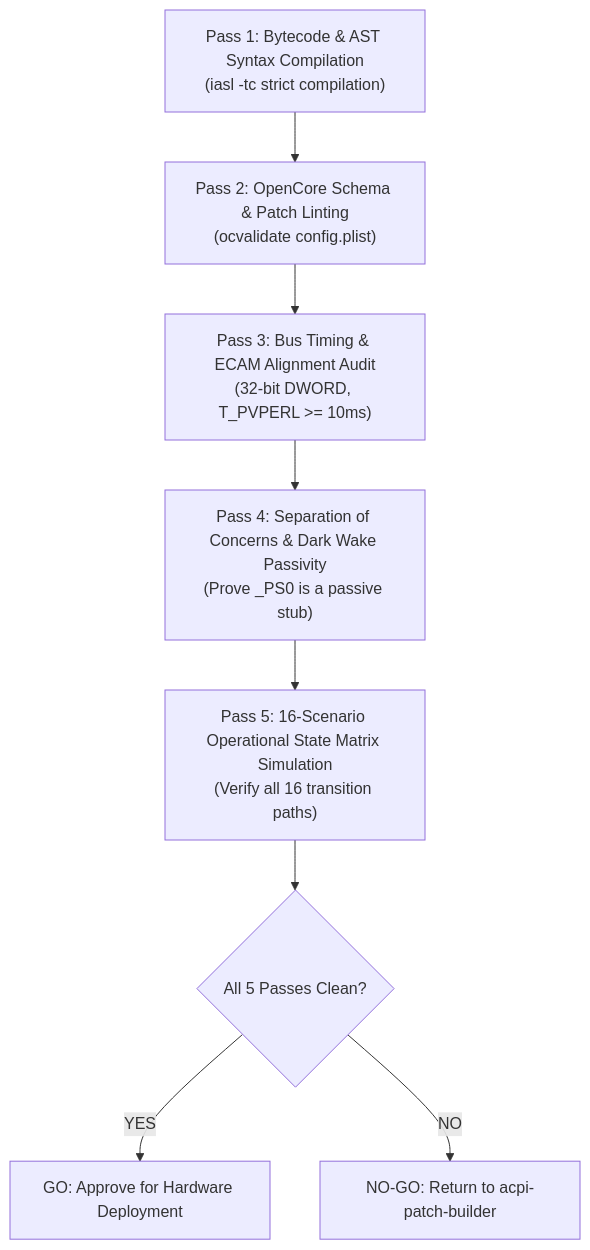
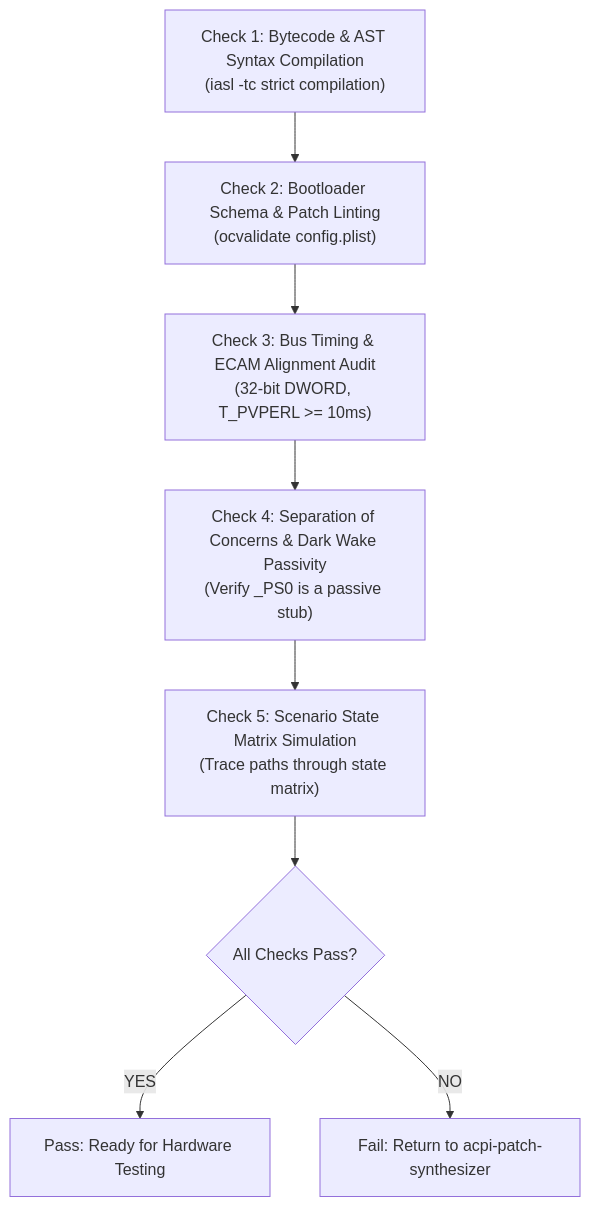
The diagram in skill/acpi-static-verifier/SKILL.md (datacompboy/xmg_deep_sleep), drawn with Mermaid before and after one commit. The commit also changed other lines of this file and 8 other files, not shown here.

````diff
--- a/skill/acpi-static-verifier/SKILL.md
+++ b/skill/acpi-static-verifier/SKILL.md
@@ -23,11 +23,11 @@
 ```mermaid
 flowchart TD
-    A["Pass 1: Bytecode & AST Syntax Compilation<br/>(iasl -tc strict compilation)"]
-    --> B["Pass 2: OpenCore Schema & Patch Linting<br/>(ocvalidate config.plist)"]
-    --> C["Pass 3: Bus Timing & ECAM Alignment Audit<br/>(32-bit DWORD, T_PVPERL >= 10ms)"]
-    --> D["Pass 4: Separation of Concerns & Dark Wake Passivity<br/>(Prove _PS0 is a passive stub)"]
-    --> E["Pass 5: 16-Scenario Operational State Matrix Simulation<br/>(Verify all 16 transition paths)"]
-    --> Gate{"All 5 Passes Clean?"}
-    Gate -->|YES| Pass["GO: Approve for Hardware Deployment"]
-    Gate -->|NO| Fail["NO-GO: Return to acpi-patch-builder"]
+    A["Check 1: Bytecode & AST Syntax Compilation<br/>(iasl -tc strict compilation)"]
+    --> B["Check 2: Bootloader Schema & Patch Linting<br/>(ocvalidate config.plist)"]
+    --> C["Check 3: Bus Timing & ECAM Alignment Audit<br/>(32-bit DWORD, T_PVPERL >= 10ms)"]
+    --> D["Check 4: Separation of Concerns & Dark Wake Passivity<br/>(Verify _PS0 is a passive stub)"]
+    --> E["Check 5: Scenario State Matrix Simulation<br/>(Trace paths through state matrix)"]
+    --> Gate{"All Checks Pass?"}
+    Gate -->|YES| Pass["Pass: Ready for Hardware Testing"]
+    Gate -->|NO| Fail["Fail: Return to acpi-patch-synthesizer"]
 ```
````
